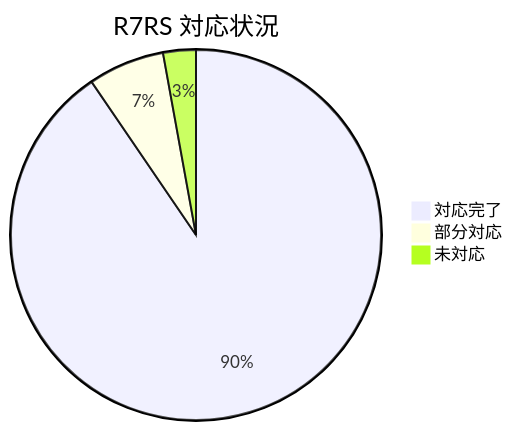
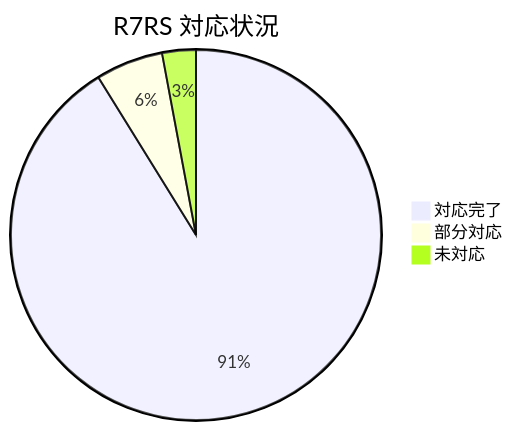
Before and after one commit to suchi/sucheme-go: the diagram in docs/r7rs-compliance.md, drawn with Mermaid. The commit also changed other lines of this file and 1 other file, not shown here.

Commit message:
fix: resolve duplicate counting in R7RS compliance data
Copilotレビュー指摘対応:
- dynamic-wind, define-library, importの重複カウントを解消
- 一意カウント: 93 done / 6 partial / 3 not = 102 total
- r7rs-compliance.mdに集計ルールの注記を追加
- dashboard.htmlの数値を一意カウントに同期

https://claude.ai/code/session_01Cp4w5TfAobGqvQ2aCx8wVp

````diff
--- a/docs/r7rs-compliance.md
+++ b/docs/r7rs-compliance.md
@@ -7,6 +7,6 @@
 ```mermaid
 pie title R7RS 対応状況
-    "対応完了" : 95
-    "部分対応" : 7
+    "対応完了" : 93
+    "部分対応" : 6
     "未対応" : 3
 ```
````
